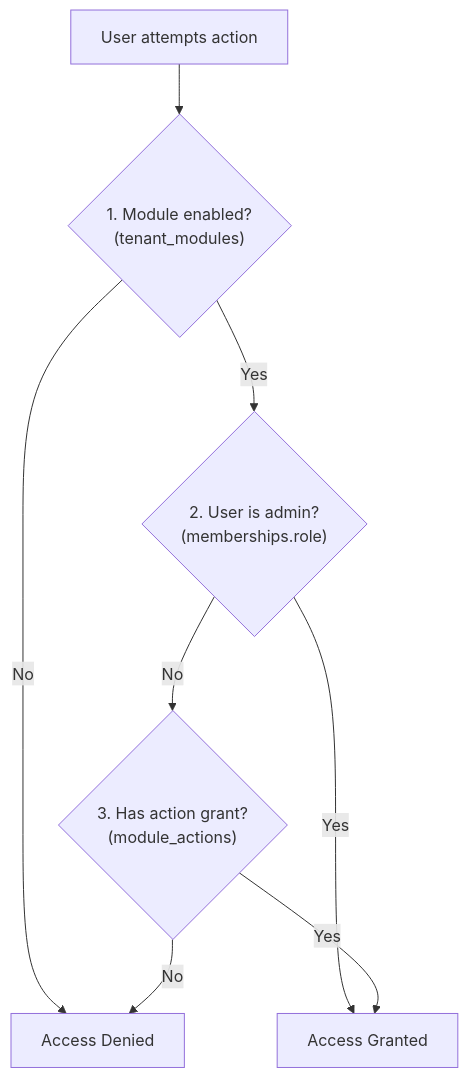
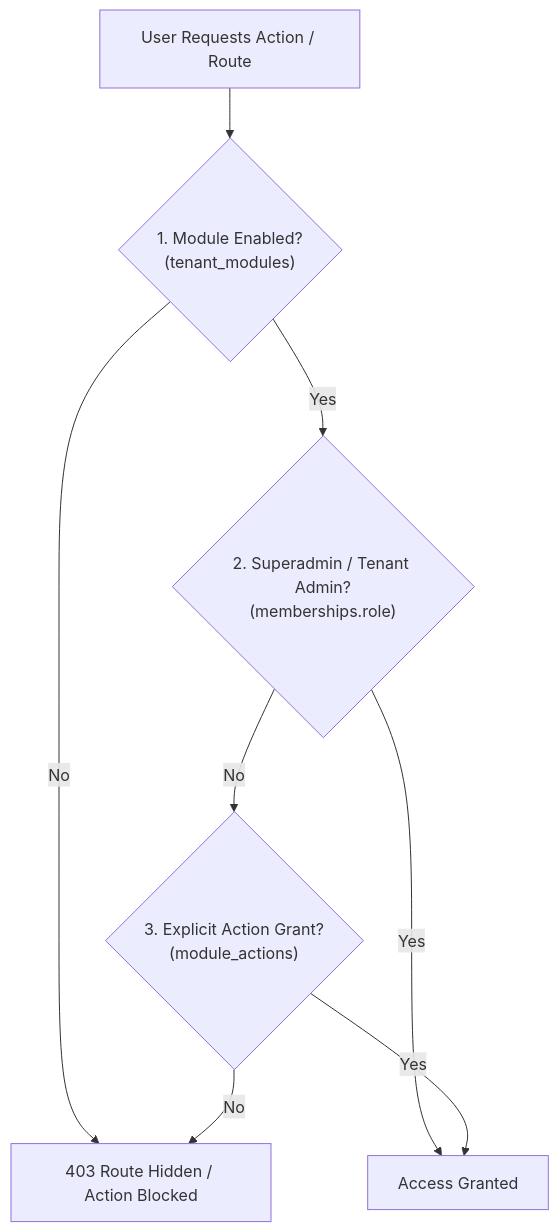
Before and after one commit to marceldavidbaroi/portfolio-astro: the seventh of 10 diagrams in src/content/projects/01-tradeflowbd.md, drawn with Mermaid. The commit also changed other lines of this file and 90 other files, not shown here.

````diff
--- a/src/content/projects/01-tradeflowbd.md
+++ b/src/content/projects/01-tradeflowbd.md
@@ -392,10 +478,10 @@
 ```mermaid
 flowchart TD
-    REQ["User attempts action"] --> M{"1. Module enabled?<br/>(tenant_modules)"}
-    M -- No --> DENY["Access Denied"]
-    M -- Yes --> A{"2. User is admin?<br/>(memberships.role)"}
-    A -- Yes --> ALLOW["Access Granted"]
-    A -- No --> G{"3. Has action grant?<br/>(module_actions)"}
-    G -- Yes --> ALLOW
-    G -- No --> DENY
+    REQ["User Requests Action / Route"] --> M{"1. Module Enabled?<br/>(tenant_modules)"}
+    M -- No --> DENIED["403 Route Hidden / Action Blocked"]
+    M -- Yes --> R{"2. Superadmin / Tenant Admin?<br/>(memberships.role)"}
+    R -- Yes --> GRANTED["Access Granted"]
+    R -- No --> A{"3. Explicit Action Grant?<br/>(module_actions)"}
+    A -- Yes --> GRANTED
+    A -- No --> DENIED
 ```
````
